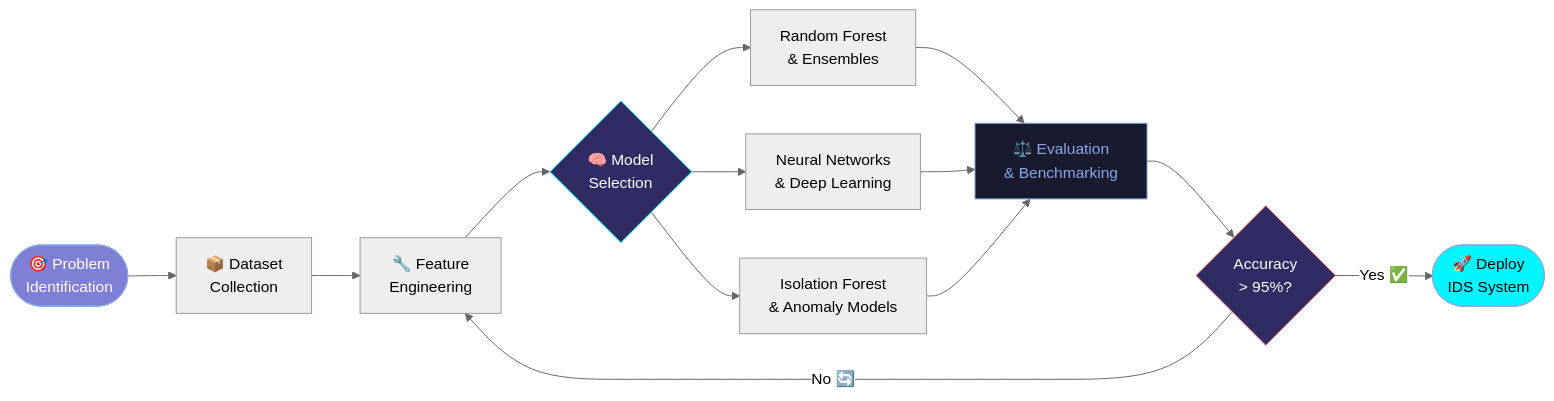
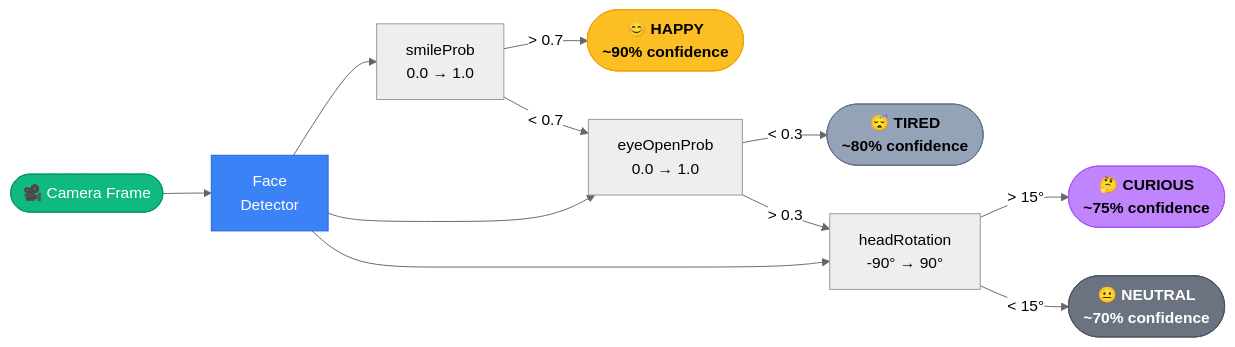
The third of 5 diagrams in README.md (LuthandoCandlovu/LuthandoCandlovu), drawn with Mermaid (neutral theme) before and after one commit. The commit also changed other lines of this file, not shown here.

````diff
--- a/README.md
+++ b/README.md
@@ -142,21 +212,24 @@
 ```mermaid
 flowchart LR
-    A([🎯 Problem\nIdentification]) --> B[📦 Dataset\nCollection]
-    B --> C[🔧 Feature\nEngineering]
-    C --> D{🧠 Model\nSelection}
+    INPUT([🎥 Camera Frame]) --> FD[Face\nDetector]
 
-    D --> E[Random Forest\n& Ensembles]
-    D --> F[Neural Networks\n& Deep Learning]
-    D --> G[Isolation Forest\n& Anomaly Models]
+    FD --> SM["smileProb\n0.0 → 1.0"]
+    FD --> EO["eyeOpenProb\n0.0 → 1.0"]
+    FD --> HR["headRotation\n-90° → 90°"]
 
-    E & F & G --> H[⚖️ Evaluation\n& Benchmarking]
-    H --> I{Accuracy\n> 95%?}
-    I -->|Yes ✅| J([🚀 Deploy\nIDS System])
-    I -->|No 🔄| C
+    SM -->|"> 0.7"| HAPPY([😊 HAPPY\n~90% confidence])
+    SM -->|"< 0.7"| EO
 
-    style A fill:#7F7FD5,stroke:#86A8E7,color:#fff
-    style J fill:#00F7FF,stroke:#86A8E7,color:#000
-    style D fill:#302b63,stroke:#00F7FF,color:#fff
-    style I fill:#302b63,stroke:#FF6B6B,color:#fff
-    style H fill:#1a1a2e,stroke:#86A8E7,color:#86A8E7
+    EO -->|"< 0.3"| TIRED([😴 TIRED\n~80% confidence])
+    EO -->|"> 0.3"| HR
+
+    HR -->|"> 15°"| CURIOUS([🤔 CURIOUS\n~75% confidence])
+    HR -->|"< 15°"| NEUTRAL([😐 NEUTRAL\n~70% confidence])
+
+    style HAPPY fill:#fbbf24,stroke:#f59e0b,color:#000,font-weight:bold
+    style TIRED fill:#94a3b8,stroke:#64748b,color:#000,font-weight:bold
+    style CURIOUS fill:#c084fc,stroke:#a855f7,color:#000,font-weight:bold
+    style NEUTRAL fill:#6b7280,stroke:#4b5563,color:#fff,font-weight:bold
+    style INPUT fill:#10b981,stroke:#059669,color:#fff
+    style FD fill:#3b82f6,stroke:#2563eb,color:#fff
 ```
````
